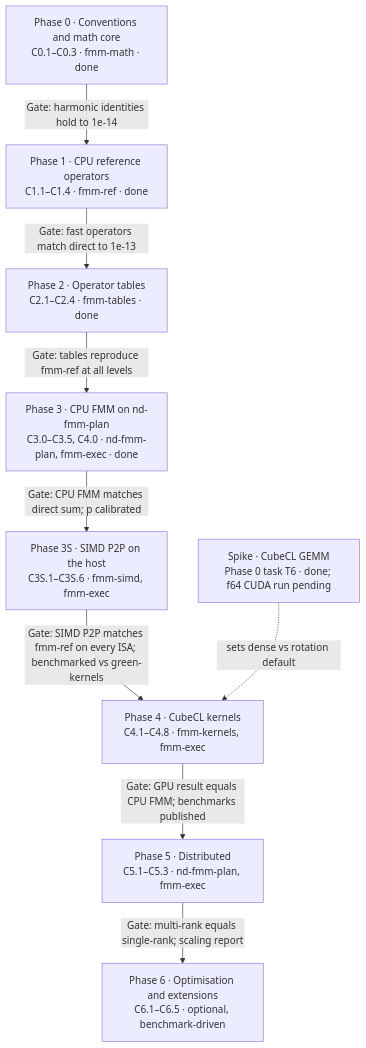
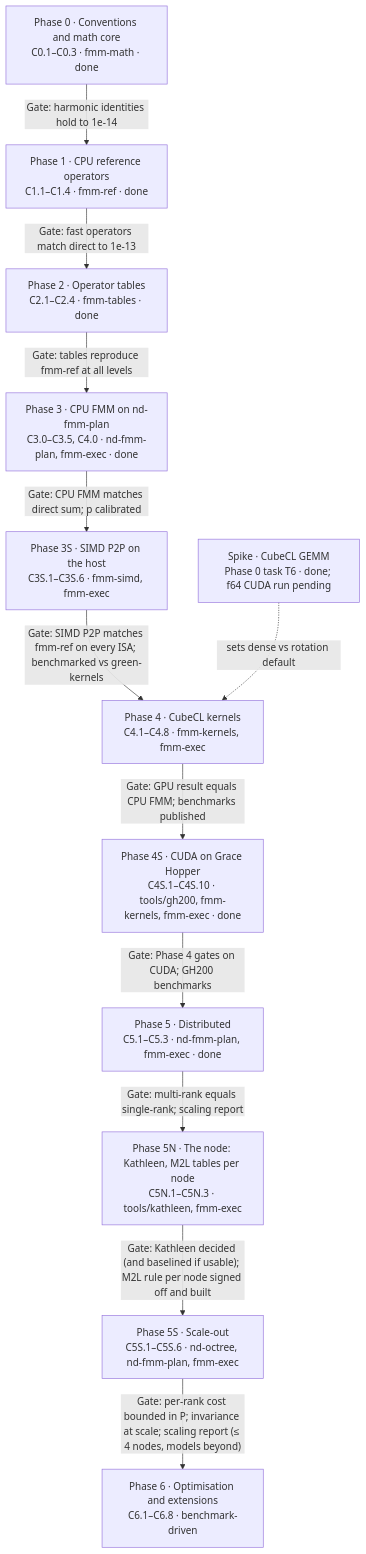
The second of 2 diagrams in docs/design/laplace-fmm-plan.md (tbetcke/fmm), drawn with Mermaid before and after one commit. The commit also changed other lines of this file and 29 other files, not shown here.

First line of the commit message:
Plan Phases 5N, 5S and 6: the node on Kathleen, scale-out, optimisation

````diff
--- a/docs/design/laplace-fmm-plan.md
+++ b/docs/design/laplace-fmm-plan.md
@@ -1050,20 +1059,26 @@
 ```mermaid
 flowchart TB
   P0["Phase 0 · Conventions and math core<br/>C0.1–C0.3 · fmm-math · done"]
   P1["Phase 1 · CPU reference operators<br/>C1.1–C1.4 · fmm-ref · done"]
   P2["Phase 2 · Operator tables<br/>C2.1–C2.4 · fmm-tables · done"]
   P3["Phase 3 · CPU FMM on nd-fmm-plan<br/>C3.0–C3.5, C4.0 · nd-fmm-plan, fmm-exec · done"]
   P3S["Phase 3S · SIMD P2P on the host<br/>C3S.1–C3S.6 · fmm-simd, fmm-exec"]
   P4["Phase 4 · CubeCL kernels<br/>C4.1–C4.8 · fmm-kernels, fmm-exec"]
-  P5["Phase 5 · Distributed<br/>C5.1–C5.3 · nd-fmm-plan, fmm-exec"]
-  P6["Phase 6 · Optimisation and extensions<br/>C6.1–C6.5 · optional, benchmark-driven"]
+  P4S["Phase 4S · CUDA on Grace Hopper<br/>C4S.1–C4S.10 · tools/gh200, fmm-kernels, fmm-exec · done"]
+  P5["Phase 5 · Distributed<br/>C5.1–C5.3 · nd-fmm-plan, fmm-exec · done"]
+  P5N["Phase 5N · The node: Kathleen, M2L tables per node<br/>C5N.1–C5N.3 · tools/kathleen, fmm-exec"]
+  P5S["Phase 5S · Scale-out<br/>C5S.1–C5S.6 · nd-octree, nd-fmm-plan, fmm-exec"]
+  P6["Phase 6 · Optimisation and extensions<br/>C6.1–C6.8 · benchmark-driven"]
   S["Spike · CubeCL GEMM<br/>Phase 0 task T6 · done; f64 CUDA run pending"]
   P0 -- "Gate: harmonic identities hold to 1e-14" --> P1
   P1 -- "Gate: fast operators match direct to 1e-13" --> P2
   P2 -- "Gate: tables reproduce fmm-ref at all levels" --> P3
   P3 -- "Gate: CPU FMM matches direct sum; p calibrated" --> P3S
   P3S -- "Gate: SIMD P2P matches fmm-ref on every ISA; benchmarked vs green-kernels" --> P4
-  P4 -- "Gate: GPU result equals CPU FMM; benchmarks published" --> P5
-  P5 -- "Gate: multi-rank equals single-rank; scaling report" --> P6
+  P4 -- "Gate: GPU result equals CPU FMM; benchmarks published" --> P4S
+  P4S -- "Gate: Phase 4 gates on CUDA; GH200 benchmarks" --> P5
+  P5 -- "Gate: multi-rank equals single-rank; scaling report" --> P5N
+  P5N -- "Gate: Kathleen decided (and baselined if usable); M2L rule per node signed off and built" --> P5S
+  P5S -- "Gate: per-rank cost bounded in P; invariance at scale; scaling report (≤ 4 nodes, models beyond)" --> P6
   S -. "sets dense vs rotation default" .-> P4
 ```
````
